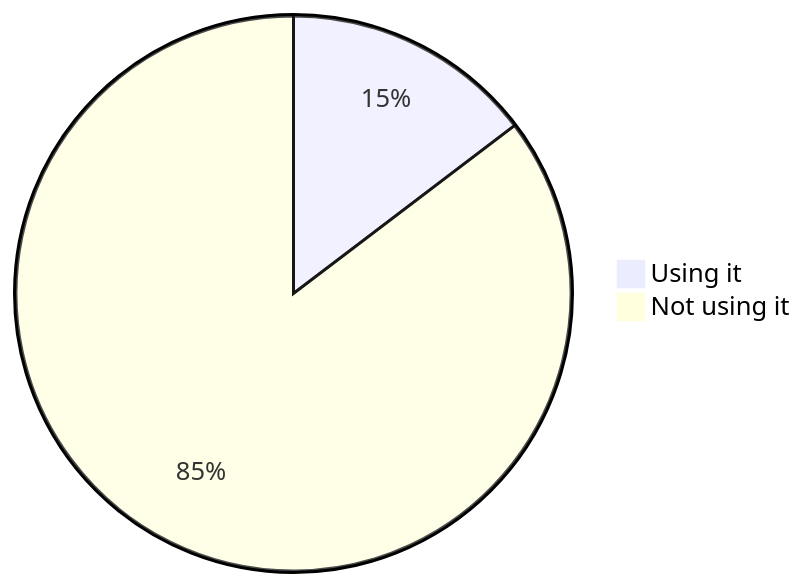
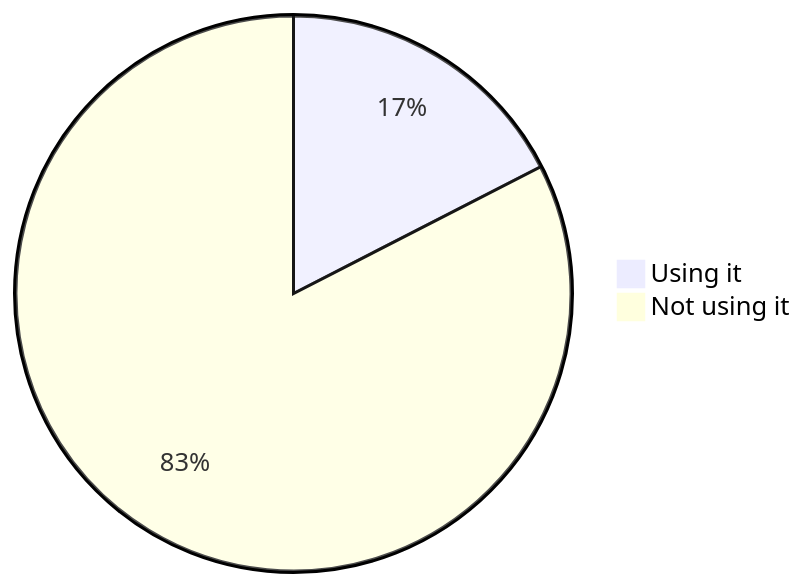
Before and after one commit to oshp/oshp-stats: diagram 13 of 22 in stats.md, drawn with Mermaid. The commit also changed other lines of this file, not shown here.

````diff
--- a/stats.md
+++ b/stats.md
@@ -154,6 +154,6 @@
 ```mermaid
 pie
-	"Using it" : 14.66
-	"Not using it" : 85.34
+	"Using it" : 17.46
+	"Not using it" : 82.54
 
 ```
````
